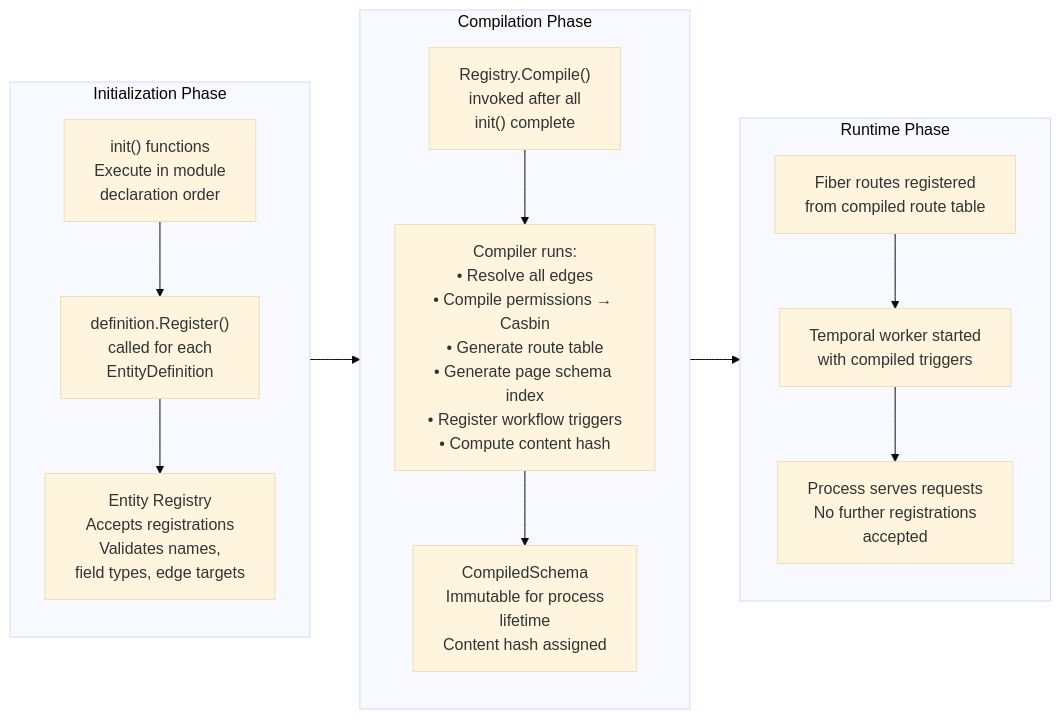
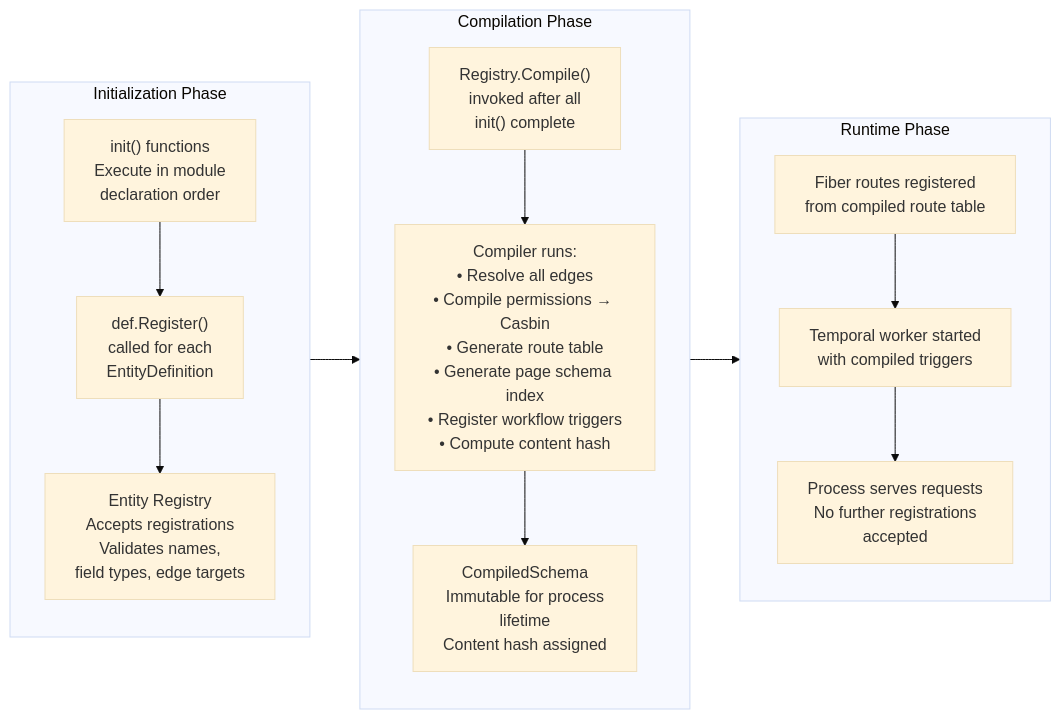
The third of 8 diagrams in awo/docs/01-introduction/architecture-overview.md (niiniyare/erp), drawn with Mermaid (base theme) before and after one commit. The commit also changed other lines of this file and 101 other files, not shown here.

````diff
--- a/awo/docs/01-introduction/architecture-overview.md
+++ b/awo/docs/01-introduction/architecture-overview.md
@@ -116,28 +116,28 @@
 ```mermaid
 flowchart LR
     subgraph INIT["Initialization Phase"]
         direction TB
         I1["init() functions\nExecute in module\ndeclaration order"]
-        I2["definition.Register()\ncalled for each\nEntityDefinition"]
+        I2["def.Register()\ncalled for each\nEntityDefinition"]
         I3["Entity Registry\nAccepts registrations\nValidates names,\nfield types, edge targets"]
         I1 --> I2 --> I3
     end
 
     subgraph COMPILE["Compilation Phase"]
         direction TB
         C1["Registry.Compile()\ninvoked after all\ninit() complete"]
         C2["Compiler runs:\n• Resolve all edges\n• Compile permissions → Casbin\n• Generate route table\n• Generate page schema index\n• Register workflow triggers\n• Compute content hash"]
         C3["CompiledSchema\nImmutable for process\nlifetime\nContent hash assigned"]
         C1 --> C2 --> C3
     end
 
     subgraph RUNTIME["Runtime Phase"]
         direction TB
         R1["Fiber routes registered\nfrom compiled route table"]
         R2["Temporal worker started\nwith compiled triggers"]
         R3["Process serves requests\nNo further registrations\naccepted"]
         R1 --> R2 --> R3
     end
 
     INIT --> COMPILE --> RUNTIME
 ```
````
